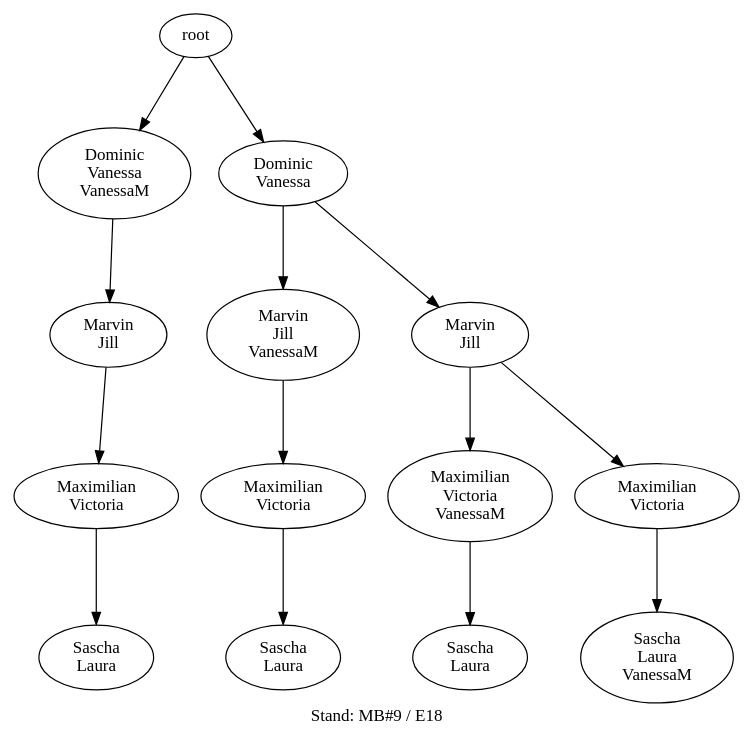
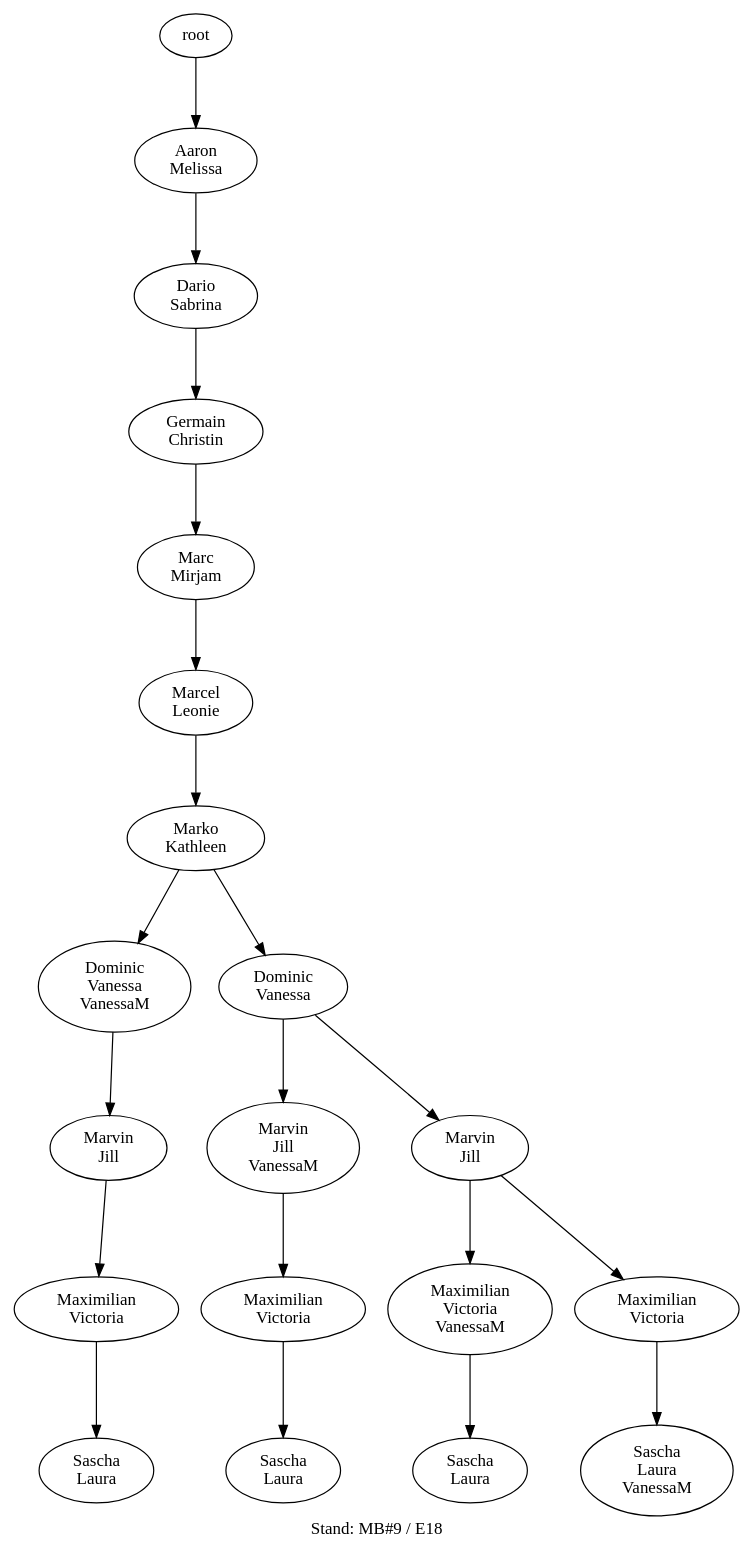
The diagram in data/de02/de02_17_tree.dot (atticus-sullivan/sim-ayto), drawn with Graphviz before and after one commit. The commit also changed 192 other files, not shown here.

```diff
--- a/data/de02/de02_17_tree.dot
+++ b/data/de02/de02_17_tree.dot
@@ -1,28 +1,40 @@
 digraph D { labelloc="b"; label="Stand: MB#9 / E18"; ranksep=0.8;
-"root/10100000000"[label="Dominic\nVanessa\nVanessaM"]
-"root" -> "root/10100000000";
-"root/10100000000/10"[label="Marvin\nJill"]
-"root/10100000000" -> "root/10100000000/10";
-"root/10100000000/10/1000000000"[label="Maximilian\nVictoria"]
-"root/10100000000/10" -> "root/10100000000/10/1000000000";
-"root/10100000000/10/1000000000/1000"[label="Sascha\nLaura"]
-"root/10100000000/10/1000000000" -> "root/10100000000/10/1000000000/1000";
-"root/100000000"[label="Dominic\nVanessa"]
-"root" -> "root/100000000";
-"root/100000000/10000000010"[label="Marvin\nJill\nVanessaM"]
-"root/100000000" -> "root/100000000/10000000010";
-"root/100000000/10000000010/1000000000"[label="Maximilian\nVictoria"]
-"root/100000000/10000000010" -> "root/100000000/10000000010/1000000000";
-"root/100000000/10000000010/1000000000/1000"[label="Sascha\nLaura"]
-"root/100000000/10000000010/1000000000" -> "root/100000000/10000000010/1000000000/1000";
-"root/100000000/10"[label="Marvin\nJill"]
-"root/100000000" -> "root/100000000/10";
-"root/100000000/10/11000000000"[label="Maximilian\nVictoria\nVanessaM"]
-"root/100000000/10" -> "root/100000000/10/11000000000";
-"root/100000000/10/11000000000/1000"[label="Sascha\nLaura"]
-"root/100000000/10/11000000000" -> "root/100000000/10/11000000000/1000";
-"root/100000000/10/1000000000"[label="Maximilian\nVictoria"]
-"root/100000000/10" -> "root/100000000/10/1000000000";
-"root/100000000/10/1000000000/10000001000"[label="Sascha\nLaura\nVanessaM"]
-"root/100000000/10/1000000000" -> "root/100000000/10/1000000000/10000001000";
+"root/100000"[label="Aaron\nMelissa"]
+"root" -> "root/100000";
+"root/100000/10000000"[label="Dario\nSabrina"]
+"root/100000" -> "root/100000/10000000";
+"root/100000/10000000/1"[label="Germain\nChristin"]
+"root/100000/10000000" -> "root/100000/10000000/1";
+"root/100000/10000000/1/1000000"[label="Marc\nMirjam"]
+"root/100000/10000000/1" -> "root/100000/10000000/1/1000000";
+"root/100000/10000000/1/1000000/10000"[label="Marcel\nLeonie"]
+"root/100000/10000000/1/1000000" -> "root/100000/10000000/1/1000000/10000";
+"root/100000/10000000/1/1000000/10000/100"[label="Marko\nKathleen"]
+"root/100000/10000000/1/1000000/10000" -> "root/100000/10000000/1/1000000/10000/100";
+"root/100000/10000000/1/1000000/10000/100/10100000000"[label="Dominic\nVanessa\nVanessaM"]
+"root/100000/10000000/1/1000000/10000/100" -> "root/100000/10000000/1/1000000/10000/100/10100000000";
+"root/100000/10000000/1/1000000/10000/100/10100000000/10"[label="Marvin\nJill"]
+"root/100000/10000000/1/1000000/10000/100/10100000000" -> "root/100000/10000000/1/1000000/10000/100/10100000000/10";
+"root/100000/10000000/1/1000000/10000/100/10100000000/10/1000000000"[label="Maximilian\nVictoria"]
+"root/100000/10000000/1/1000000/10000/100/10100000000/10" -> "root/100000/10000000/1/1000000/10000/100/10100000000/10/1000000000";
+"root/100000/10000000/1/1000000/10000/100/10100000000/10/1000000000/1000"[label="Sascha\nLaura"]
+"root/100000/10000000/1/1000000/10000/100/10100000000/10/1000000000" -> "root/100000/10000000/1/1000000/10000/100/10100000000/10/1000000000/1000";
+"root/100000/10000000/1/1000000/10000/100/100000000"[label="Dominic\nVanessa"]
+"root/100000/10000000/1/1000000/10000/100" -> "root/100000/10000000/1/1000000/10000/100/100000000";
+"root/100000/10000000/1/1000000/10000/100/100000000/10000000010"[label="Marvin\nJill\nVanessaM"]
+"root/100000/10000000/1/1000000/10000/100/100000000" -> "root/100000/10000000/1/1000000/10000/100/100000000/10000000010";
+"root/100000/10000000/1/1000000/10000/100/100000000/10000000010/1000000000"[label="Maximilian\nVictoria"]
+"root/100000/10000000/1/1000000/10000/100/100000000/10000000010" -> "root/100000/10000000/1/1000000/10000/100/100000000/10000000010/1000000000";
+"root/100000/10000000/1/1000000/10000/100/100000000/10000000010/1000000000/1000"[label="Sascha\nLaura"]
+"root/100000/10000000/1/1000000/10000/100/100000000/10000000010/1000000000" -> "root/100000/10000000/1/1000000/10000/100/100000000/10000000010/1000000000/1000";
+"root/100000/10000000/1/1000000/10000/100/100000000/10"[label="Marvin\nJill"]
+"root/100000/10000000/1/1000000/10000/100/100000000" -> "root/100000/10000000/1/1000000/10000/100/100000000/10";
+"root/100000/10000000/1/1000000/10000/100/100000000/10/11000000000"[label="Maximilian\nVictoria\nVanessaM"]
+"root/100000/10000000/1/1000000/10000/100/100000000/10" -> "root/100000/10000000/1/1000000/10000/100/100000000/10/11000000000";
+"root/100000/10000000/1/1000000/10000/100/100000000/10/11000000000/1000"[label="Sascha\nLaura"]
+"root/100000/10000000/1/1000000/10000/100/100000000/10/11000000000" -> "root/100000/10000000/1/1000000/10000/100/100000000/10/11000000000/1000";
+"root/100000/10000000/1/1000000/10000/100/100000000/10/1000000000"[label="Maximilian\nVictoria"]
+"root/100000/10000000/1/1000000/10000/100/100000000/10" -> "root/100000/10000000/1/1000000/10000/100/100000000/10/1000000000";
+"root/100000/10000000/1/1000000/10000/100/100000000/10/1000000000/10000001000"[label="Sascha\nLaura\nVanessaM"]
+"root/100000/10000000/1/1000000/10000/100/100000000/10/1000000000" -> "root/100000/10000000/1/1000000/10000/100/100000000/10/1000000000/10000001000";
 }
```
